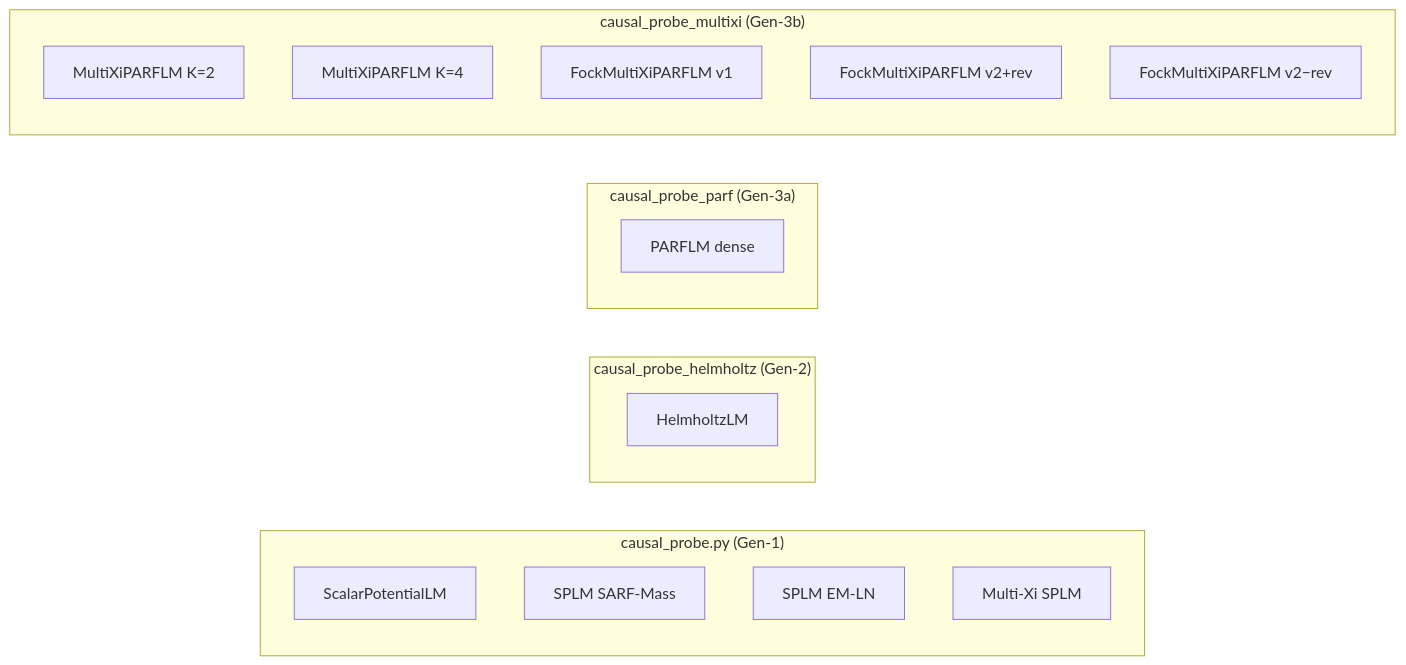
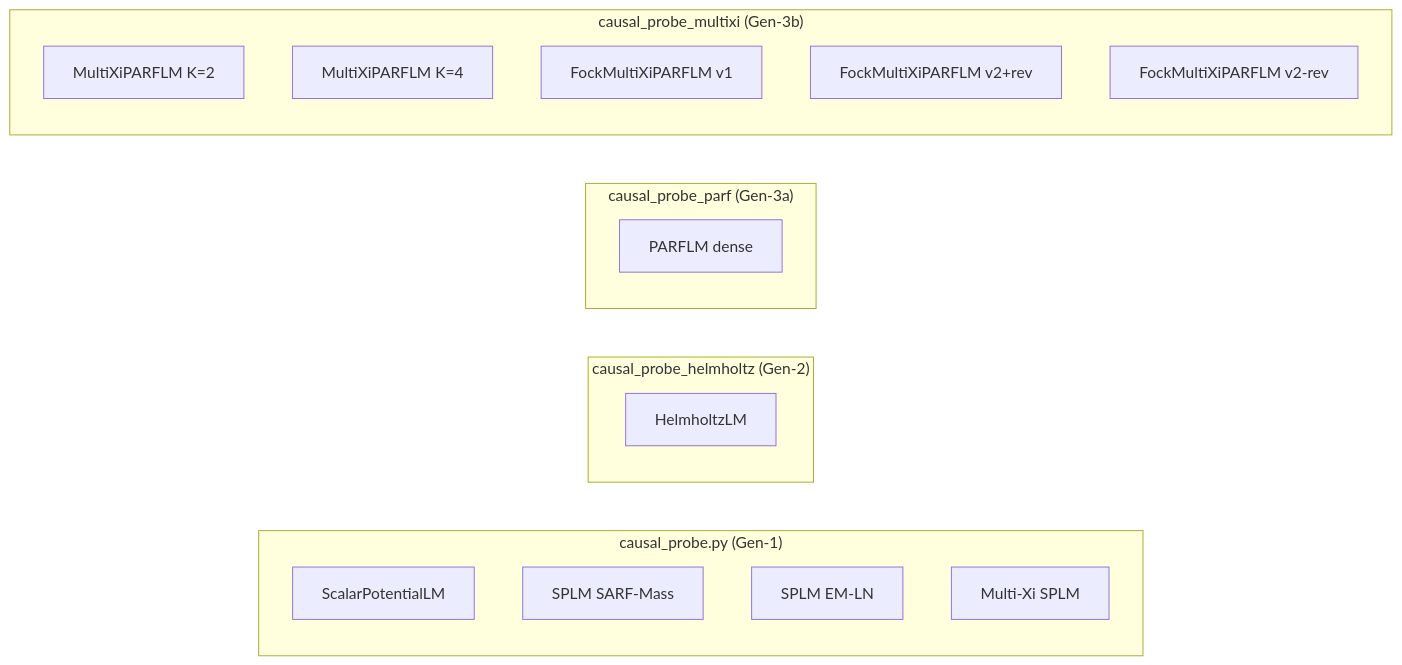
Before and after one commit to dimitarpg13/semsimula-paper: the eighth of 17 diagrams in SOFTWARE_ARCHITECTURE.md, drawn with Mermaid. The commit also changed other lines of this file, not shown here.

Commit message:
add software class diagrams markdown

````diff
--- a/SOFTWARE_ARCHITECTURE.md
+++ b/SOFTWARE_ARCHITECTURE.md
@@ -675,25 +675,37 @@
 ```mermaid
 graph LR
+    A1[ScalarPotentialLM]
+    A2[SPLM SARF-Mass]
+    A3[SPLM EM-LN]
+    A4[Multi-Xi SPLM]
+    B1[HelmholtzLM]
+    C1[PARFLM dense]
+    D1[MultiXiPARFLM K=2]
+    D2[MultiXiPARFLM K=4]
+    D3[FockMultiXiPARFLM v1]
+    D4[FockMultiXiPARFLM v2+rev]
+    D5[FockMultiXiPARFLM v2-rev]
+
     subgraph "causal_probe.py (Gen-1)"
-        A1[ScalarPotentialLM]
-        A2[SPLM SARF-Mass]
-        A3[SPLM EM-LN]
-        A4[Multi-Xi SPLM]
+        A1
+        A2
+        A3
+        A4
     end
 
     subgraph "causal_probe_helmholtz (Gen-2)"
-        B1[HelmholtzLM]
+        B1
     end
 
     subgraph "causal_probe_parf (Gen-3a)"
-        C1[PARFLM dense]
+        C1
     end
 
     subgraph "causal_probe_multixi (Gen-3b)"
-        D1[MultiXiPARFLM K=2]
-        D2[MultiXiPARFLM K=4]
-        D3[FockMultiXiPARFLM v1]
-        D4[FockMultiXiPARFLM v2+rev]
-        D5[FockMultiXiPARFLM v2−rev]
+        D1
+        D2
+        D3
+        D4
+        D5
     end
 ```
````
